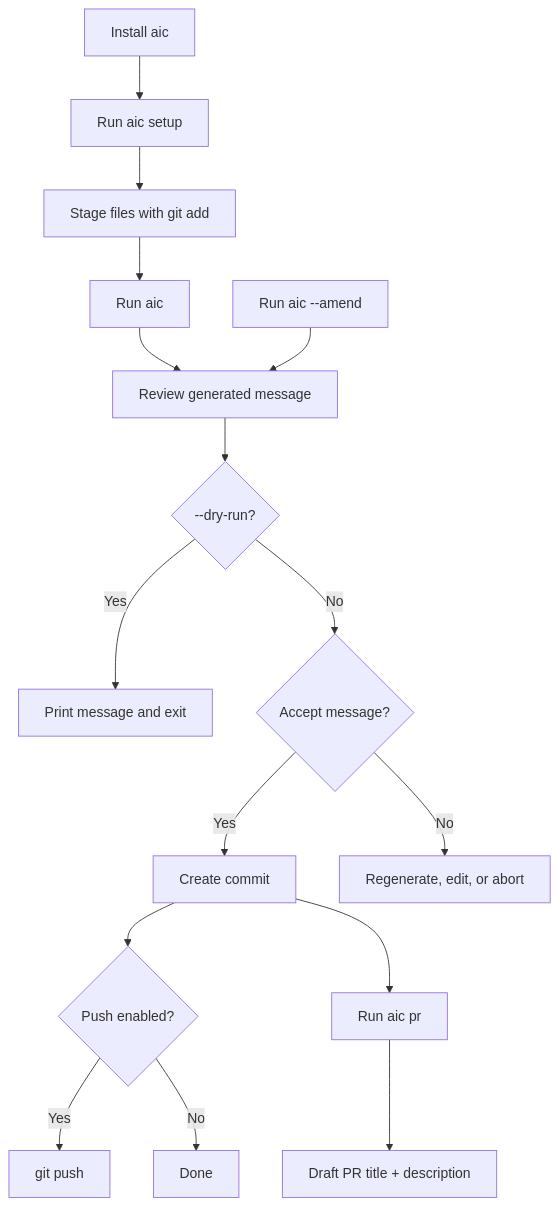
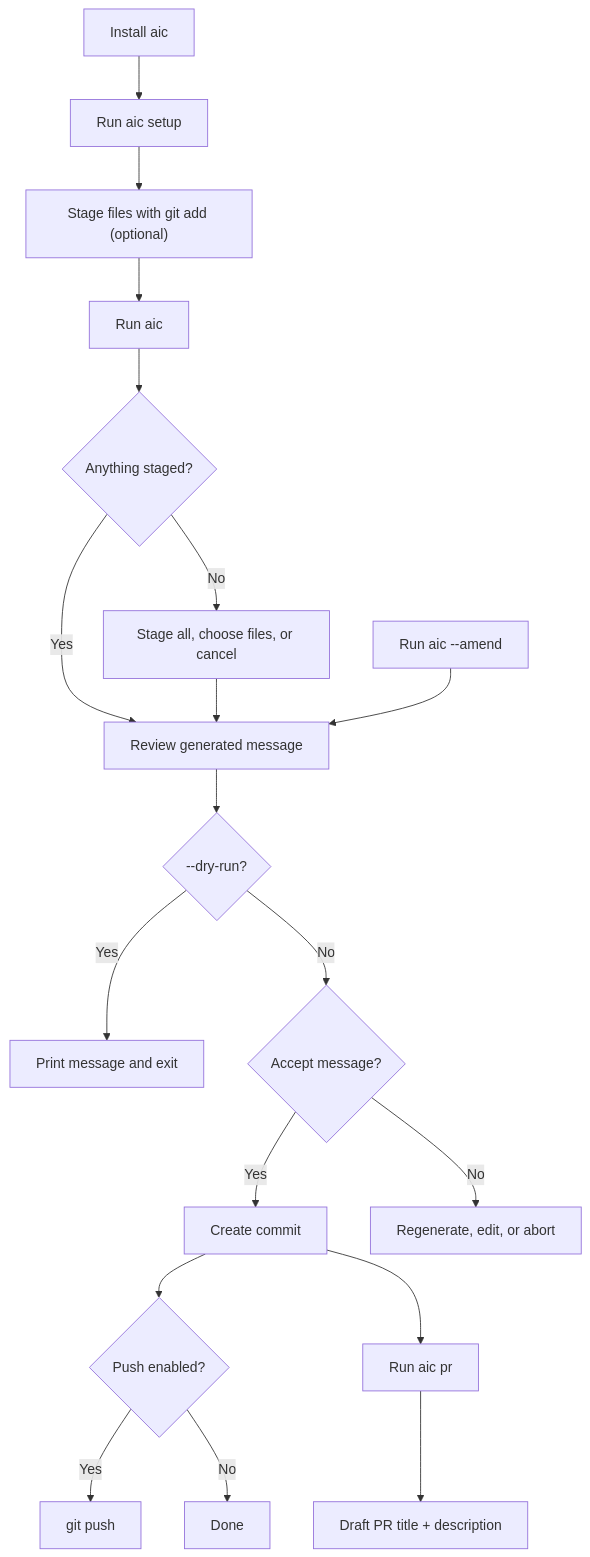
One commit to russmckendrick/aicommit changed the diagram in docs/README.md. Above: the diagram before and after it, drawn with Mermaid. The commit also changed 6 other files, not shown here.

First line of the commit message:
📝 docs(release): document the new staging flow

````diff
--- a/docs/README.md
+++ b/docs/README.md
@@ -23,18 +23,21 @@
 ```mermaid
 flowchart TD
     A["Install aic"] --> B["Run aic setup"]
-    B --> C["Stage files with git add"]
+    B --> C["Stage files with git add (optional)"]
     C --> D["Run aic"]
-    D --> E["Review generated message"]
+    D --> STAGE{"Anything staged?"}
+    STAGE -->|No| PICK["Stage all, choose files, or cancel"]
+    STAGE -->|Yes| E["Review generated message"]
+    PICK --> E
     E --> DRY{"--dry-run?"}
     DRY -->|Yes| PRINT["Print message and exit"]
     DRY -->|No| F{"Accept message?"}
     F -->|Yes| G["Create commit"]
     F -->|No| H["Regenerate, edit, or abort"]
     G --> I{"Push enabled?"}
     I -->|Yes| J["git push"]
     I -->|No| K["Done"]
     G --> PR["Run aic pr"]
     PR --> PRD["Draft PR title + description"]
     AMEND["Run aic --amend"] --> E
 ```
````
